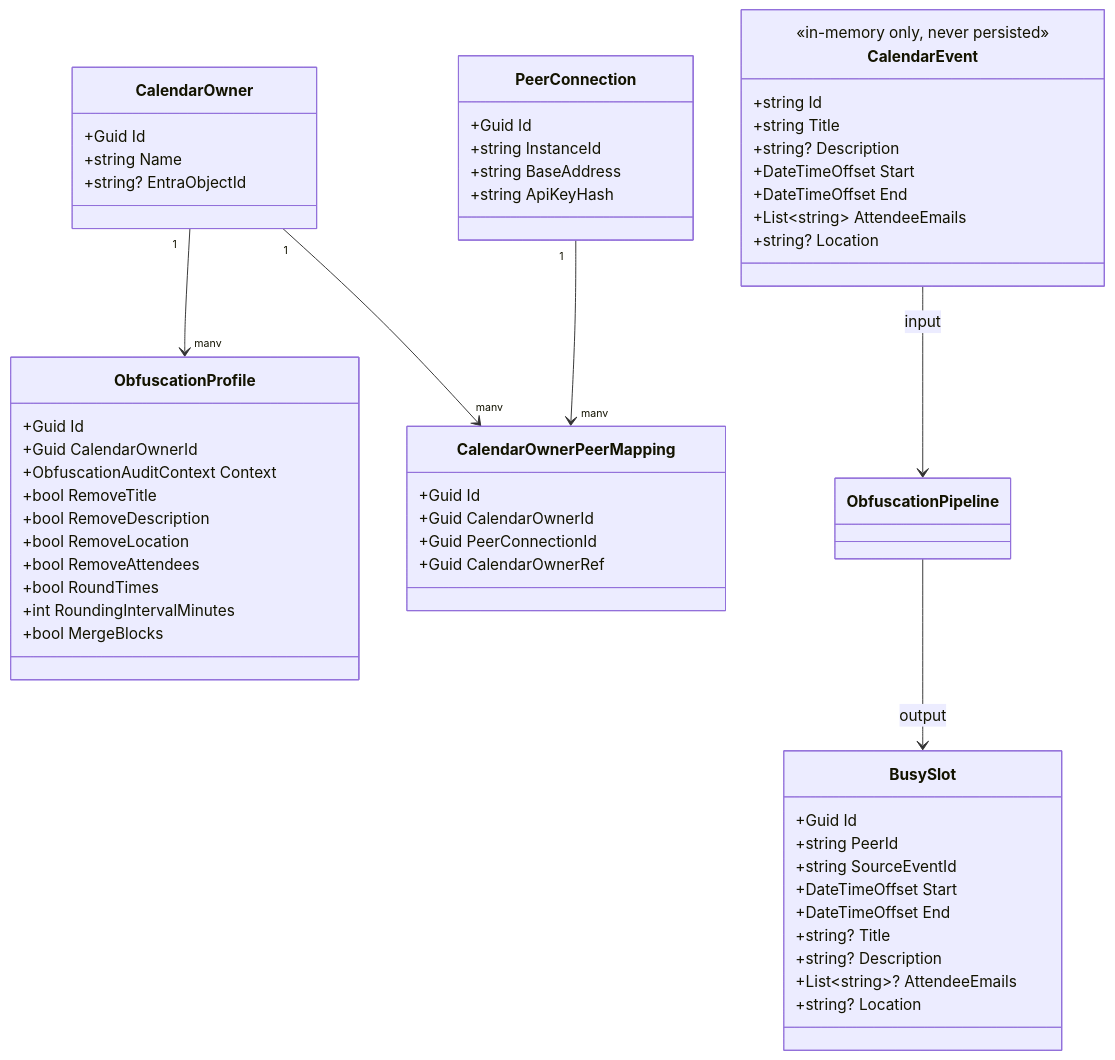
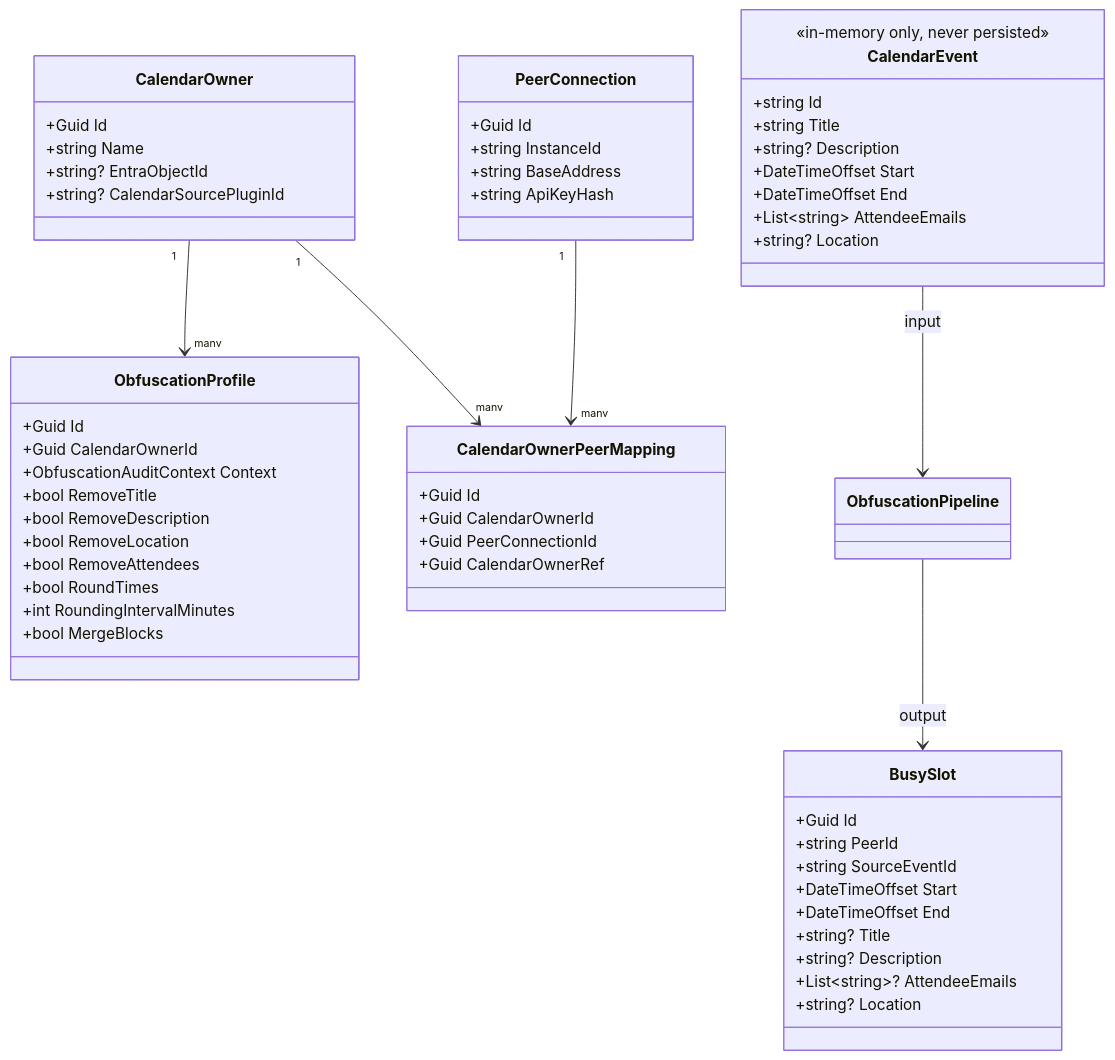
Before and after one commit to InfSupStageMG/ObfusCal: the diagram in docs/05-building-block-view.md, drawn with Mermaid. The commit also changed other lines of this file and 43 other files, not shown here.

````diff
--- a/docs/05-building-block-view.md
+++ b/docs/05-building-block-view.md
@@ -77,59 +87,60 @@
 ```mermaid
 classDiagram
     class CalendarOwner {
         +Guid Id
         +string Name
         +string? EntraObjectId
+        +string? CalendarSourcePluginId
     }
     class ObfuscationProfile {
         +Guid Id
         +Guid CalendarOwnerId
         +ObfuscationAuditContext Context
         +bool RemoveTitle
         +bool RemoveDescription
         +bool RemoveLocation
         +bool RemoveAttendees
         +bool RoundTimes
         +int RoundingIntervalMinutes
         +bool MergeBlocks
     }
     class PeerConnection {
         +Guid Id
         +string InstanceId
         +string BaseAddress
         +string ApiKeyHash
     }
     class CalendarOwnerPeerMapping {
         +Guid Id
         +Guid CalendarOwnerId
         +Guid PeerConnectionId
         +Guid CalendarOwnerRef
     }
     class BusySlot {
         +Guid Id
         +string PeerId
         +string SourceEventId
         +DateTimeOffset Start
         +DateTimeOffset End
         +string? Title
         +string? Description
         +List~string~? AttendeeEmails
         +string? Location
     }
     class CalendarEvent {
         <<in-memory only, never persisted>>
         +string Id
         +string Title
         +string? Description
         +DateTimeOffset Start
         +DateTimeOffset End
         +List~string~ AttendeeEmails
         +string? Location
     }
 
     CalendarOwner "1" --> "many" CalendarOwnerPeerMapping
     CalendarOwner "1" --> "many" ObfuscationProfile
     PeerConnection "1" --> "many" CalendarOwnerPeerMapping
     CalendarEvent --> ObfuscationPipeline : input
     ObfuscationPipeline --> BusySlot : output
 ```
````
